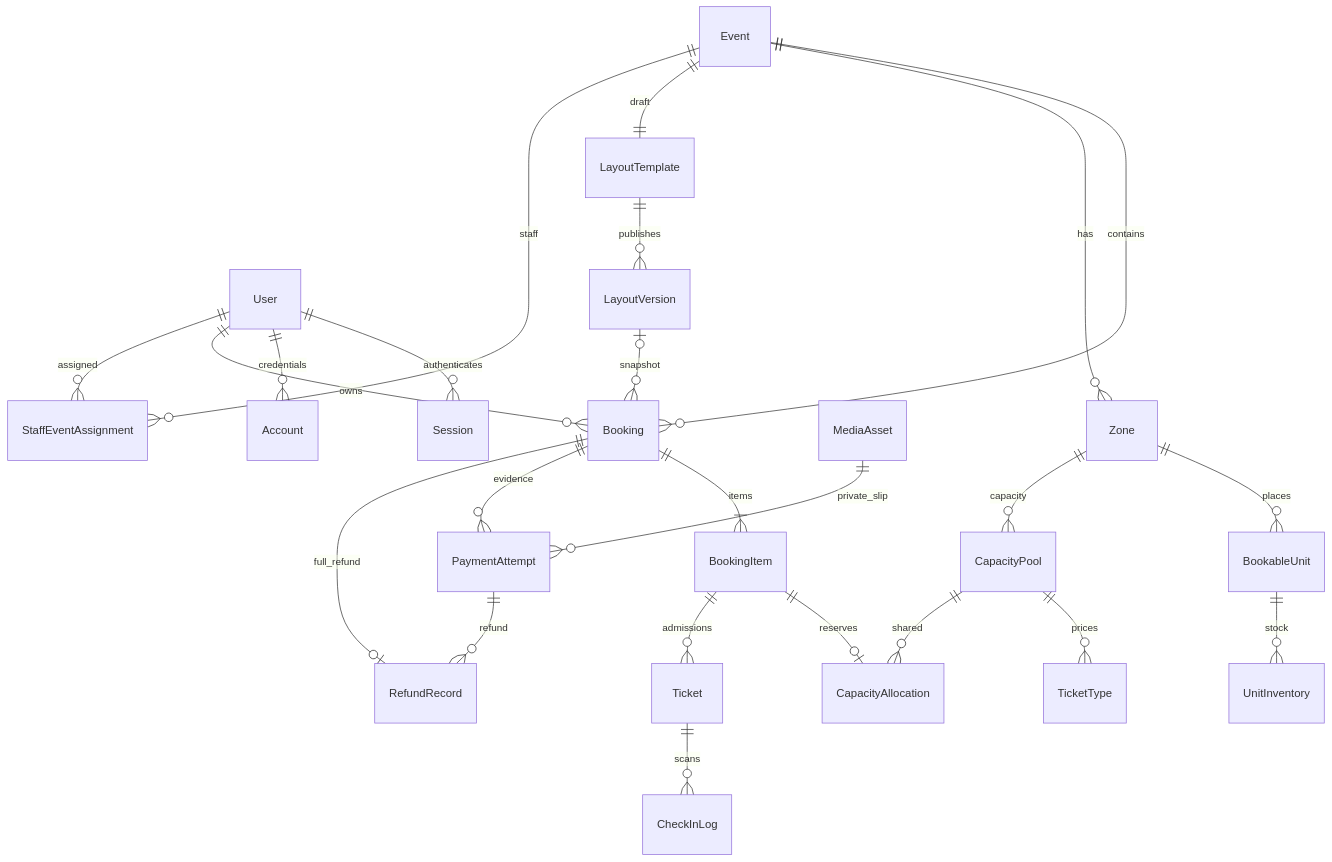
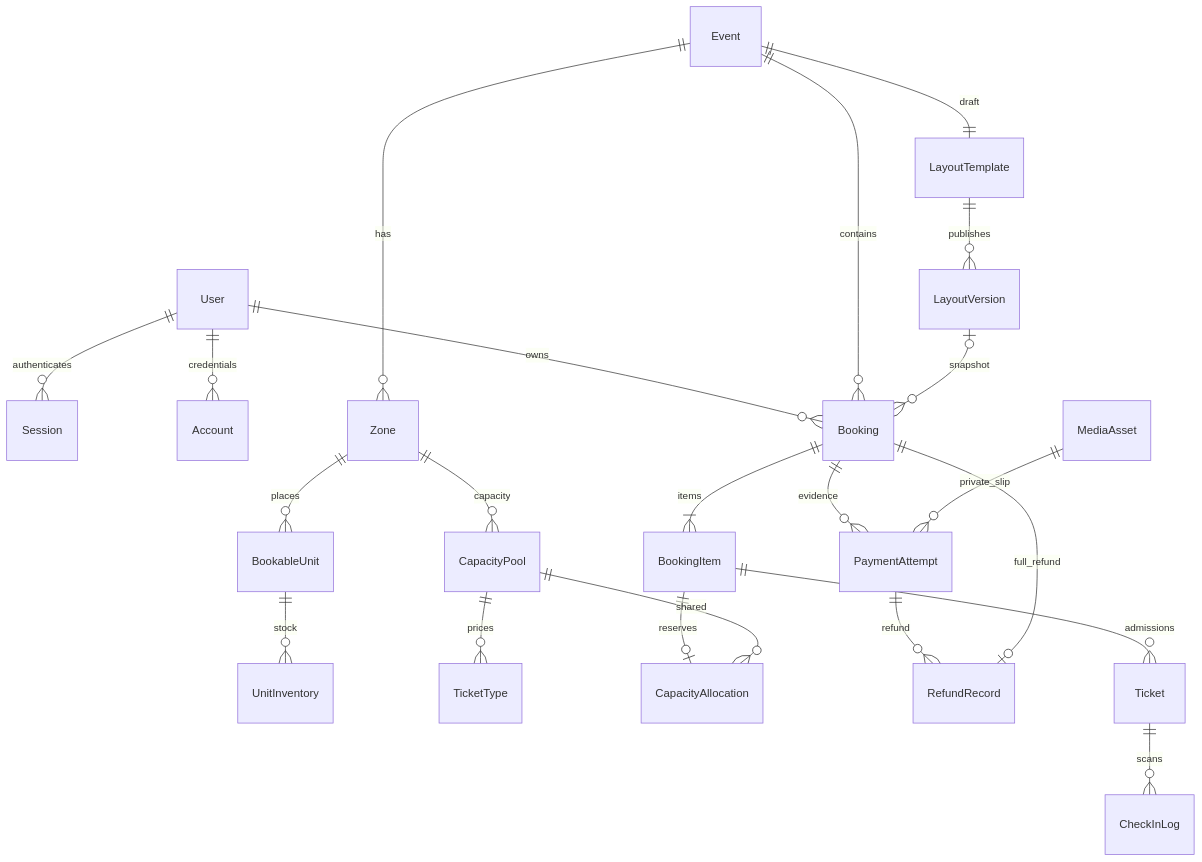
The diagram in docs/DATA_DICTIONARY.md (MEE-POONG/one-vent-one), drawn with Mermaid before and after one commit. The commit also changed other lines of this file and 48 other files, not shown here.

````diff
--- a/docs/DATA_DICTIONARY.md
+++ b/docs/DATA_DICTIONARY.md
@@ -36,26 +35,24 @@
 ```mermaid
 erDiagram
   User ||--o{ Session : authenticates
   User ||--o{ Account : credentials
   User ||--o{ Booking : owns
   Event ||--o{ Booking : contains
   Event ||--o{ Zone : has
   Event ||--|| LayoutTemplate : draft
   LayoutTemplate ||--o{ LayoutVersion : publishes
   LayoutVersion |o--o{ Booking : snapshot
   Zone ||--o{ BookableUnit : places
   BookableUnit ||--o{ UnitInventory : stock
   Zone ||--o{ CapacityPool : capacity
   CapacityPool ||--o{ TicketType : prices
   Booking ||--|{ BookingItem : items
   BookingItem ||--o| CapacityAllocation : reserves
   CapacityPool ||--o{ CapacityAllocation : shared
   Booking ||--o{ PaymentAttempt : evidence
   PaymentAttempt ||--o{ RefundRecord : refund
   Booking ||--o| RefundRecord : full_refund
   BookingItem ||--o{ Ticket : admissions
   Ticket ||--o{ CheckInLog : scans
   MediaAsset ||--o{ PaymentAttempt : private_slip
-  User ||--o{ StaffEventAssignment : assigned
-  Event ||--o{ StaffEventAssignment : staff
 ```
````
